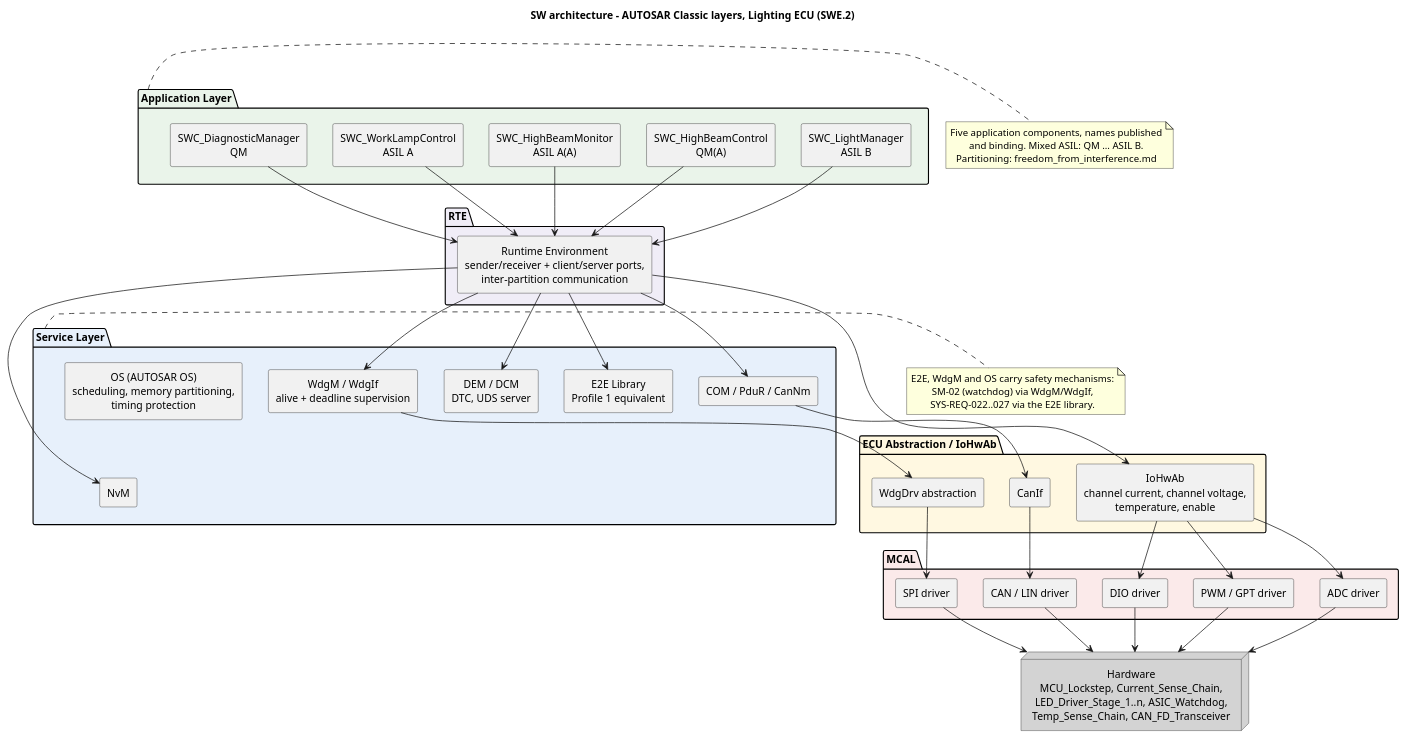
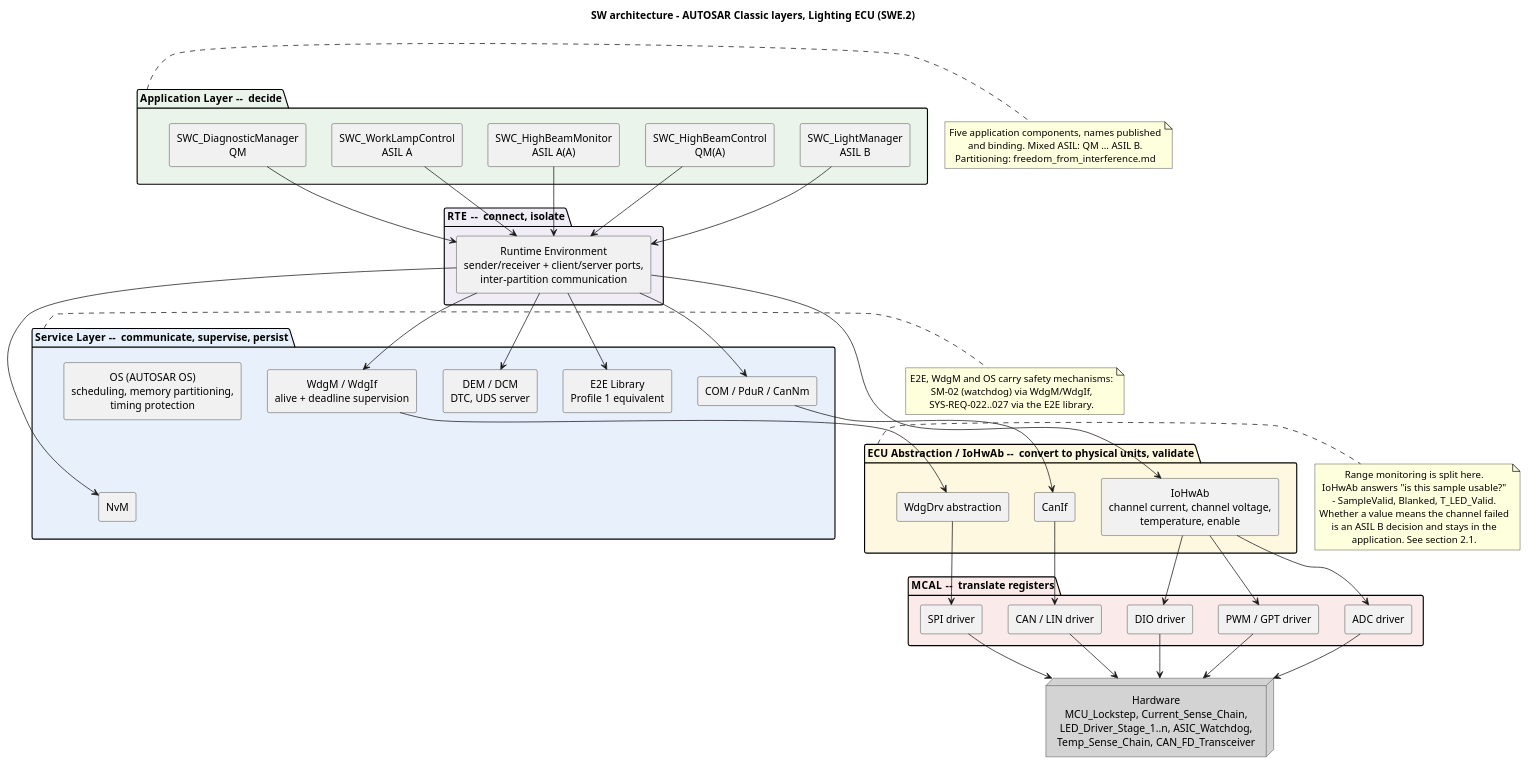
The first of 2 diagrams in 06_software/sw_architecture.md (bny61/beleuchtungssystem-aspice), drawn with PlantUML before and after one commit. The commit also changed other lines of this file and 2 other files, not shown here.

````diff
--- a/06_software/sw_architecture.md
+++ b/06_software/sw_architecture.md
@@ -35,7 +35,7 @@
 skinparam componentStyle rectangle
 skinparam defaultTextAlignment center
 
-package "Application Layer" as APP #EAF4EA {
+package "Application Layer  --  **decide**" as APP #EAF4EA {
   component "SWC_LightManager\nASIL B" as LM
   component "SWC_HighBeamControl\nQM(A)" as HBC
   component "SWC_HighBeamMonitor\nASIL A(A)" as HBM
@@ -43,11 +43,11 @@
   component "SWC_DiagnosticManager\nQM" as DGM
 }
 
-package "RTE" as RTE #F0EDF7 {
+package "RTE  --  **connect, isolate**" as RTE #F0EDF7 {
   component "Runtime Environment\nsender/receiver + client/server ports,\ninter-partition communication" as RTEC
 }
 
-package "Service Layer" as SRV #E7F0FB {
+package "Service Layer  --  **communicate, supervise, persist**" as SRV #E7F0FB {
   component "COM / PduR / CanNm" as COM
   component "E2E Library\nProfile 1 equivalent" as E2E
   component "DEM / DCM\nDTC, UDS server" as DEM
@@ -56,13 +56,13 @@
   component "OS (AUTOSAR OS)\nscheduling, memory partitioning,\ntiming protection" as OS
 }
 
-package "ECU Abstraction / IoHwAb" as ECUAL #FFF8E1 {
+package "ECU Abstraction / IoHwAb  --  **convert to physical units, validate**" as ECUAL #FFF8E1 {
   component "IoHwAb\nchannel current, channel voltage,\ntemperature, enable" as IOHW
   component "CanIf" as CANIF
   component "WdgDrv abstraction" as WDGA
 }
 
-package "MCAL" as MCAL #FBEAEA {
+package "MCAL  --  **translate registers**" as MCAL #FBEAEA {
   component "ADC driver" as ADC
   component "PWM / GPT driver" as PWM
   component "DIO driver" as DIO
@@ -111,5 +111,14 @@
   SM-02 (watchdog) via WdgM/WdgIf,
   SYS-REQ-022..027 via the E2E library.
 end note
+
+note right of ECUAL
+  Range monitoring is split here.
+  IoHwAb answers "is this sample usable?"
+  - SampleValid, Blanked, T_LED_Valid.
+  Whether a value means the channel failed
+  is an ASIL B decision and stays in the
+  application. See section 2.1.
+end note
 @enduml
 ```
````
